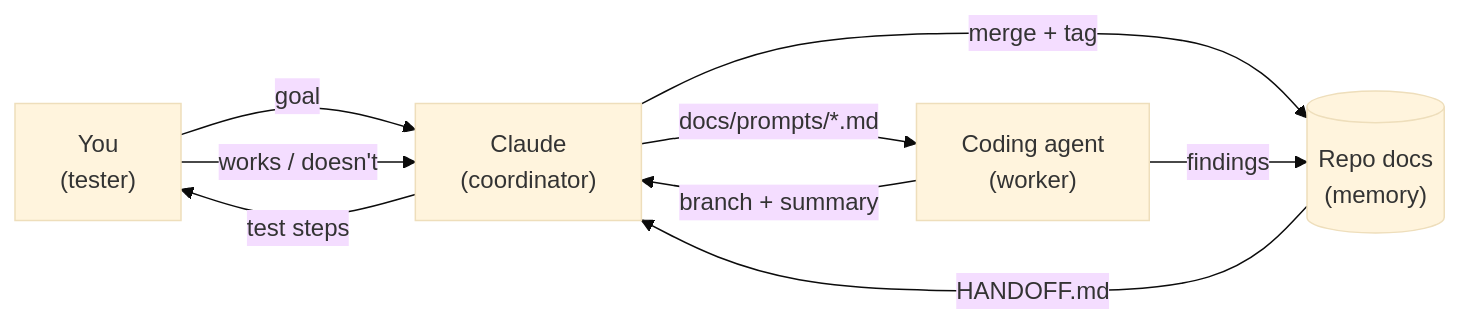
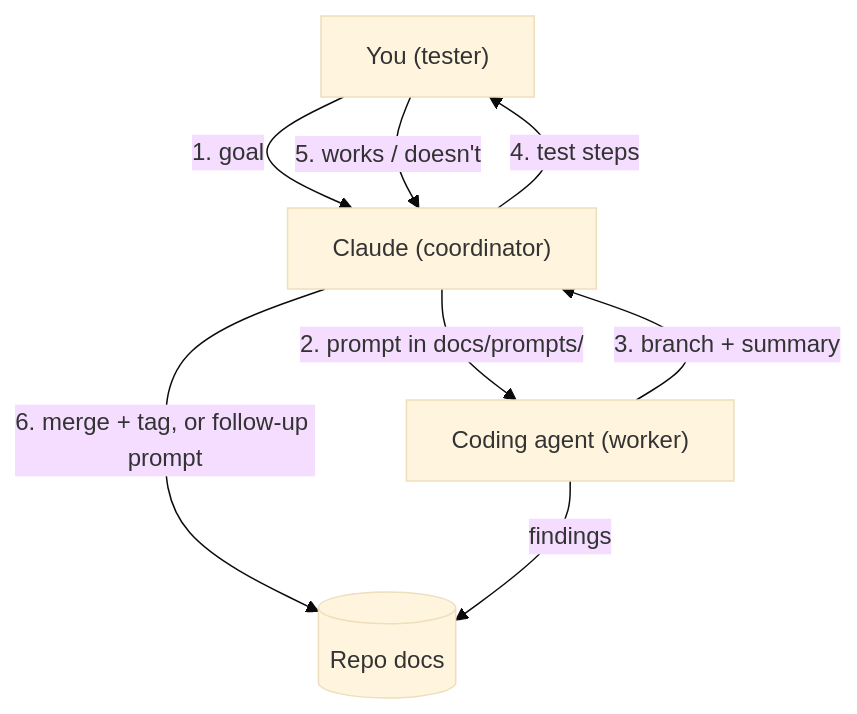
The first of 2 diagrams in README.md (Trooper-code/Trooper-s-Coordinator-Skills), drawn with Mermaid (base theme) before and after one commit. The commit also changed other lines of this file, not shown here.

First line of the commit message:
README: explain the handoff in How it works

````diff
--- a/README.md
+++ b/README.md
@@ -26,11 +31,10 @@
 ```mermaid
-flowchart LR
-    U["You<br/>(tester)"] -->|goal| C["Claude<br/>(coordinator)"]
-    C -->|"docs/prompts/*.md"| A["Coding agent<br/>(worker)"]
-    A -->|"branch + summary"| C
-    C -->|test steps| U
-    U -->|"works / doesn't"| C
-    C -->|"merge + tag"| R[("Repo docs<br/>(memory)")]
-    A -->|findings| R
-    R -->|"HANDOFF.md"| C
+flowchart TD
+    U["You (tester)"] -->|"1. goal"| C["Claude (coordinator)"]
+    C -->|"2. prompt in docs/prompts/"| A["Coding agent (worker)"]
+    A -->|"3. branch + summary"| C
+    C -->|"4. test steps"| U
+    U -->|"5. works / doesn't"| C
+    C -->|"6. merge + tag, or follow-up prompt"| R[("Repo docs")]
+    A -->|"findings"| R
 ```
````
